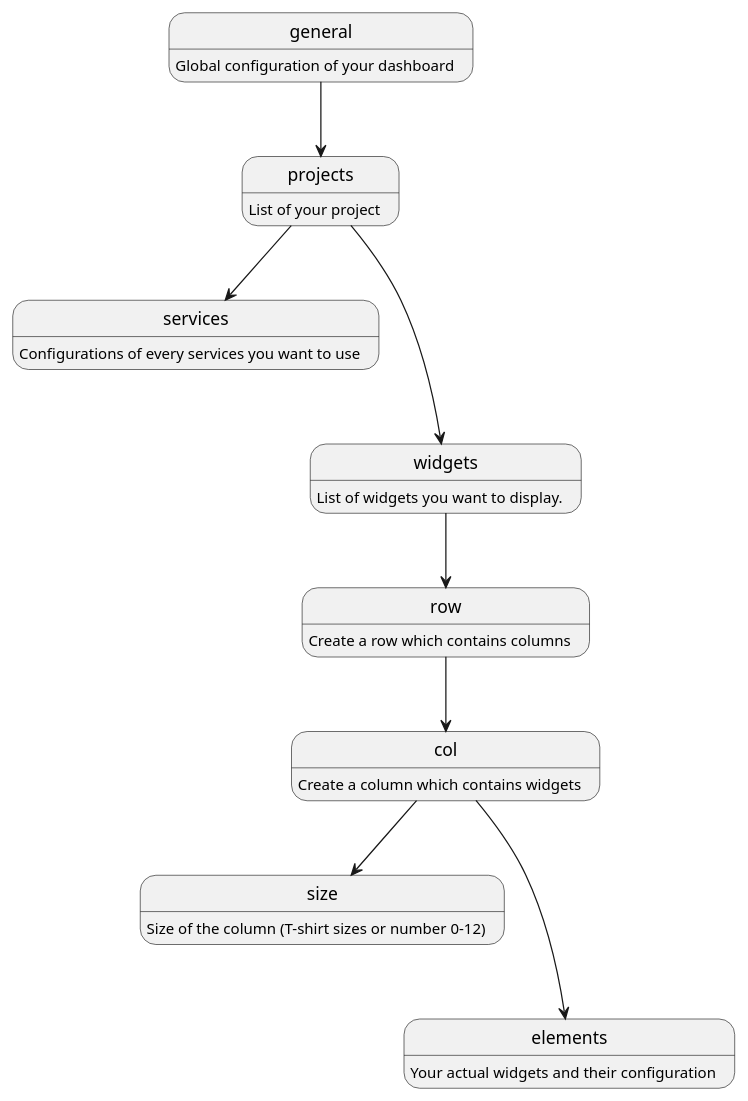
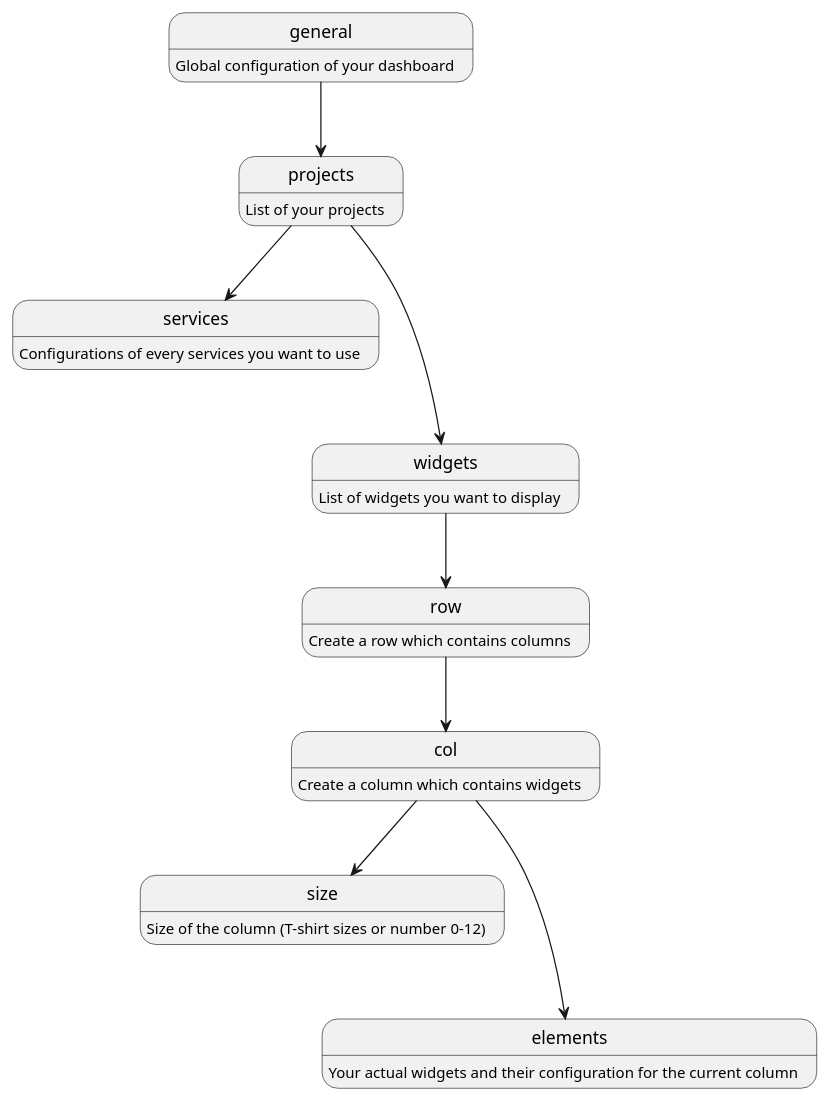
One commit to Phantas0s/devdash changed the diagram in README-PREPAR.md. Above: the diagram before and after it, drawn with PlantUML. The commit also changed other lines of this file, not shown here.

```diff
--- a/README-PREPAR.md
+++ b/README-PREPAR.md
@@ -130,21 +130,21 @@
 @startuml
 
 general : Global configuration of your dashboard
-projects : List of your project
+projects : List of your projects
 services: Configurations of every services you want to use
-widgets: List of widgets you want to display.
+widgets: List of widgets you want to display
 row: Create a row which contains columns
 col: Create a column which contains widgets
 size: Size of the column (T-shirt sizes or number 0-12)
-elements: Your actual widgets and their configuration
+elements: Your actual widgets and their configuration for the current column
 
 
 general-->projects
 projects-->services
 projects--->widgets
 widgets-->row
 row-->col
 col-->size
 col--->elements
 
 @enduml
```
